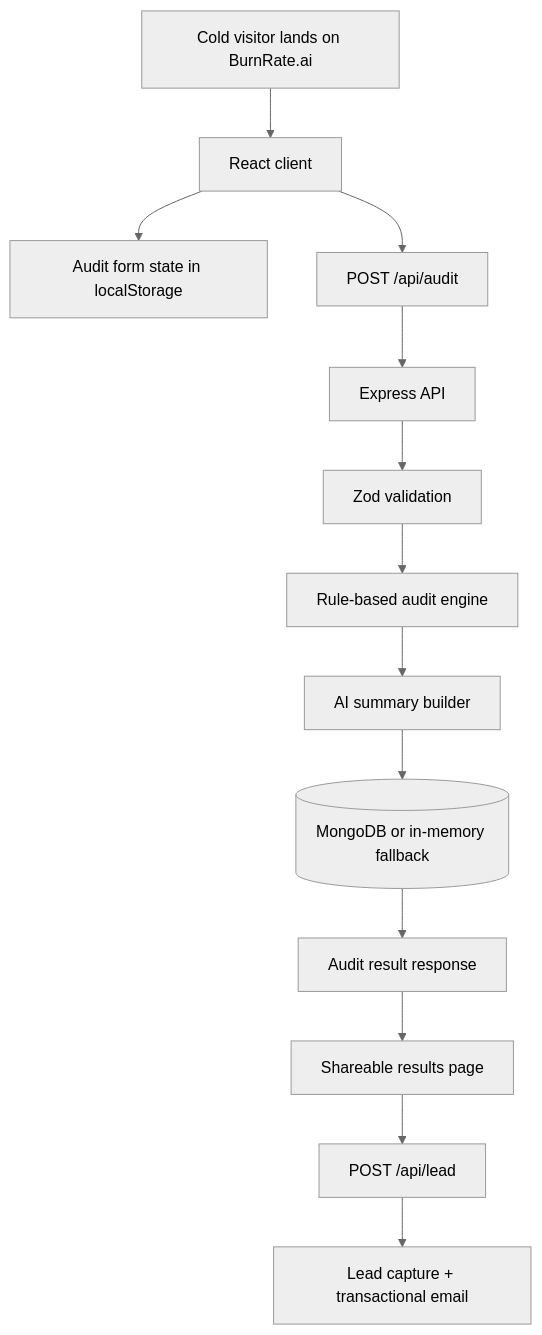
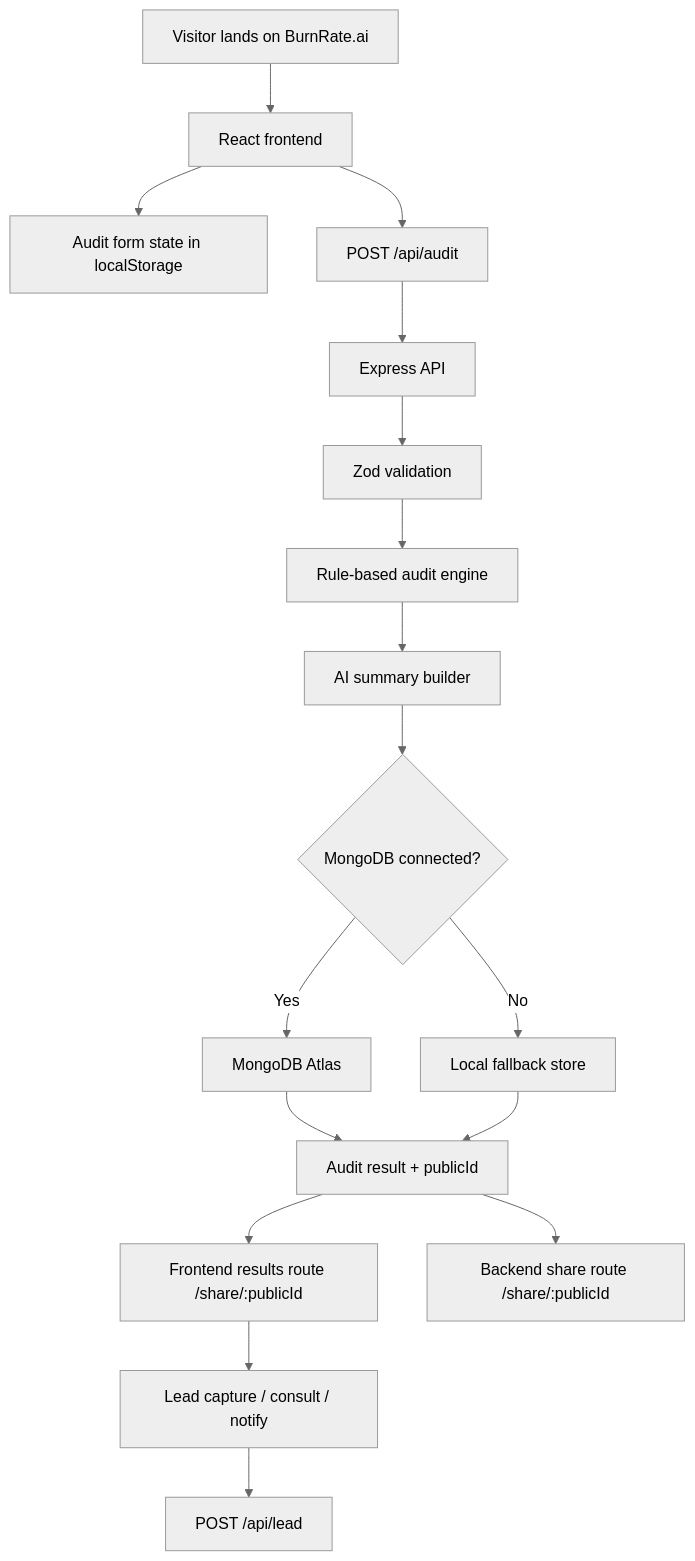
The diagram in ARCHITECTURE.md (CodeWithMihran/burnrate-ai), drawn with Mermaid (neutral theme) before and after one commit. The commit also changed other lines of this file and 7 other files, not shown here.

````diff
--- a/ARCHITECTURE.md
+++ b/ARCHITECTURE.md
@@ -5,15 +14,19 @@
 ```mermaid
 flowchart TD
-    A[Cold visitor lands on BurnRate.ai] --> B[React client]
-    B --> C[Audit form state in localStorage]
-    B --> D[POST /api/audit]
-    D --> E[Express API]
-    E --> F[Zod validation]
-    F --> G[Rule-based audit engine]
-    G --> H[AI summary builder]
-    H --> I[(MongoDB or in-memory fallback)]
-    I --> J[Audit result response]
-    J --> K[Shareable results page]
-    K --> L[POST /api/lead]
-    L --> M[Lead capture + transactional email]
+    A["Visitor lands on BurnRate.ai"] --> B["React frontend"]
+    B --> C["Audit form state in localStorage"]
+    B --> D["POST /api/audit"]
+    D --> E["Express API"]
+    E --> F["Zod validation"]
+    F --> G["Rule-based audit engine"]
+    G --> H["AI summary builder"]
+    H --> I{"MongoDB connected?"}
+    I -->|Yes| J["MongoDB Atlas"]
+    I -->|No| K["Local fallback store"]
+    J --> L["Audit result + publicId"]
+    K --> L
+    L --> M["Frontend results route /share/:publicId"]
+    L --> N["Backend share route /share/:publicId"]
+    M --> O["Lead capture / consult / notify"]
+    O --> P["POST /api/lead"]
 ```
````
